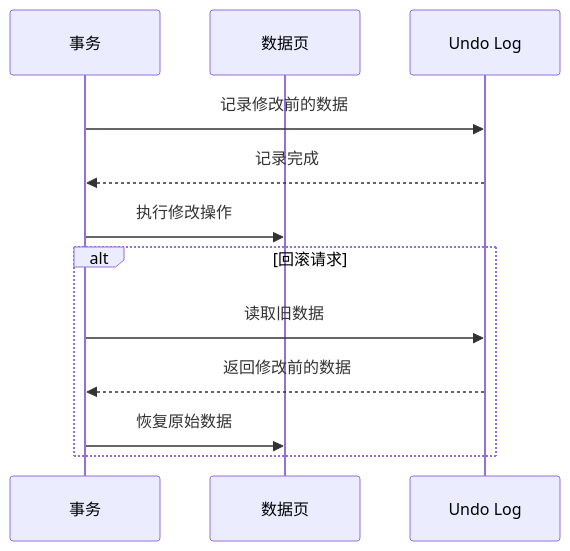
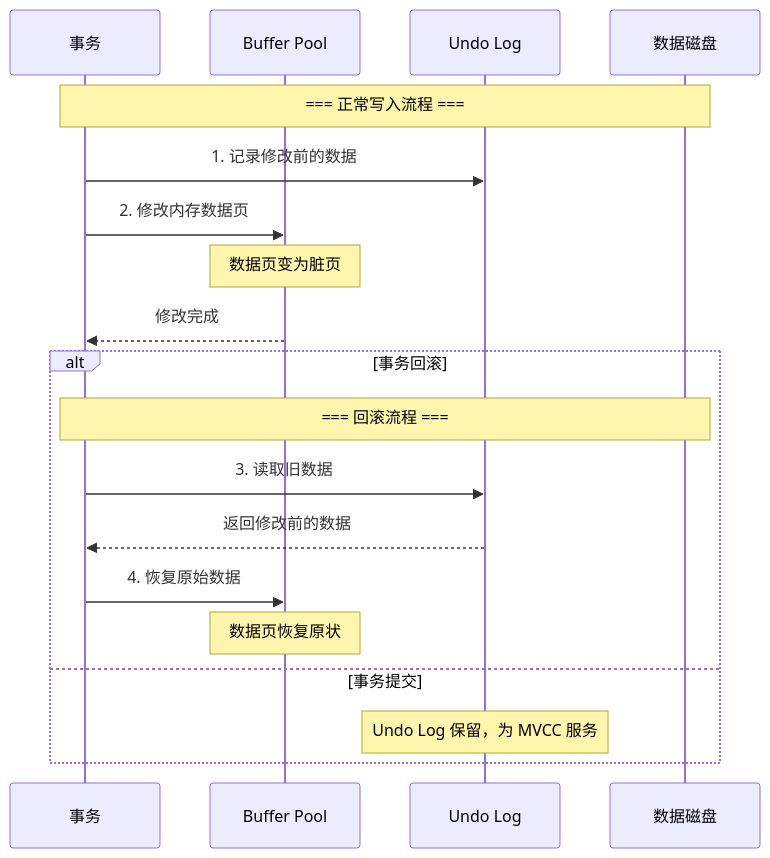
Before and after one commit to watslab/interview_doc: the fourth of 8 diagrams in document/MySQL/MySQL 三大日志详解.md, drawn with Mermaid. The commit also changed other lines of this file and 4 other files, not shown here.

````diff
--- a/document/MySQL/MySQL 三大日志详解.md
+++ b/document/MySQL/MySQL 三大日志详解.md
@@ -208,16 +261,24 @@
 ```mermaid
 sequenceDiagram
     participant TX as 事务
-    participant Data as 数据页
+    participant BP as Buffer Pool
     participant Undo as Undo Log
+    participant Disk as 数据磁盘
     
-    TX->>Undo: 记录修改前的数据
-    Undo-->>TX: 记录完成
-    TX->>Data: 执行修改操作
+    Note over TX,Disk: === 正常写入流程 ===
     
-    alt 回滚请求
-        TX->>Undo: 读取旧数据
+    TX->>Undo: 1. 记录修改前的数据
+    TX->>BP: 2. 修改内存数据页
+    Note over BP: 数据页变为脏页
+    BP-->>TX: 修改完成
+    
+    alt 事务回滚
+        Note over TX,Disk: === 回滚流程 ===
+        TX->>Undo: 3. 读取旧数据
         Undo-->>TX: 返回修改前的数据
-        TX->>Data: 恢复原始数据
+        TX->>BP: 4. 恢复原始数据
+        Note over BP: 数据页恢复原状
+    else 事务提交
+        Note over Undo: Undo Log 保留，为 MVCC 服务
     end
 ```
````
